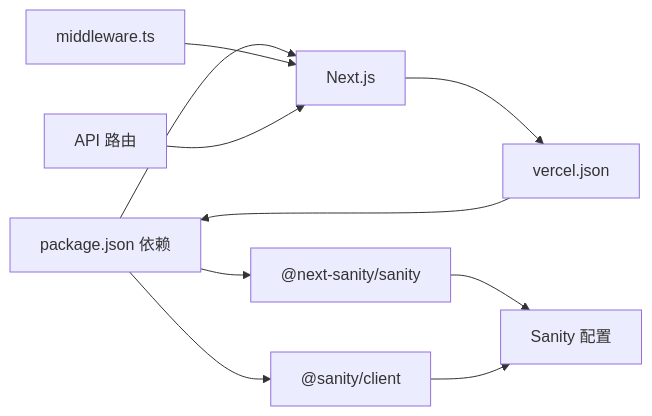
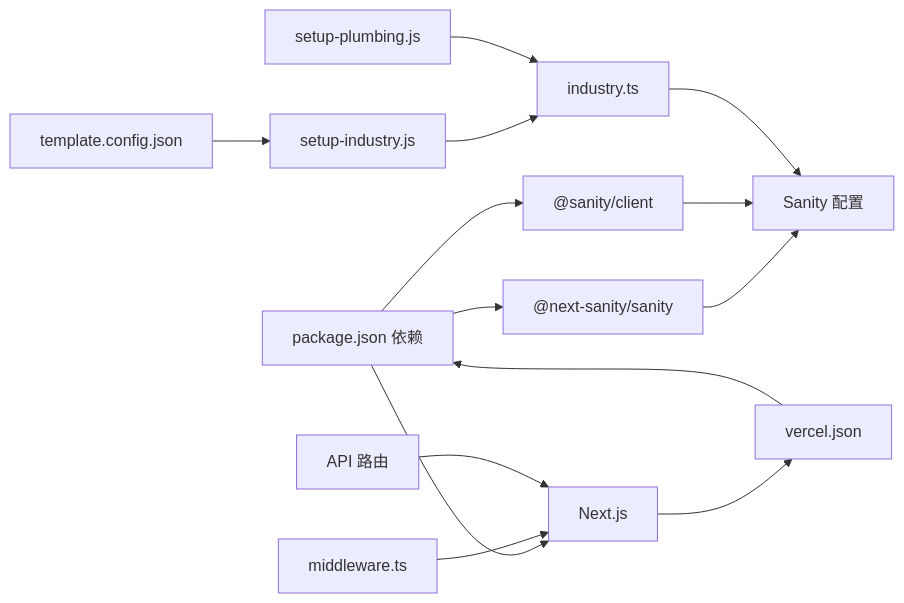
The seventh of 7 diagrams in .qoder/repowiki/zh/content/部署和运维/部署和运维.md (waltzhan/LEDTrade), drawn with Mermaid before and after one commit. The commit also changed other lines of this file and 20 other files, not shown here.

````diff
--- a/.qoder/repowiki/zh/content/部署和运维/部署和运维.md
+++ b/.qoder/repowiki/zh/content/部署和运维/部署和运维.md
@@ -262,12 +559,16 @@
 ```mermaid
 graph LR
 P["package.json 依赖"] --> N["Next.js"]
 P --> S["@next-sanity/sanity"]
 P --> C["@sanity/client"]
 V["vercel.json"] --> P
 M["middleware.ts"] --> N
 A["API 路由"] --> N
 N --> V
 S --> SC["Sanity 配置"]
 C --> SC
+IS["setup-industry.js"] --> IC["industry.ts"]
+SP["setup-plumbing.js"] --> IC
+IC --> SC
+TC["template.config.json"] --> IS
 ```
````
